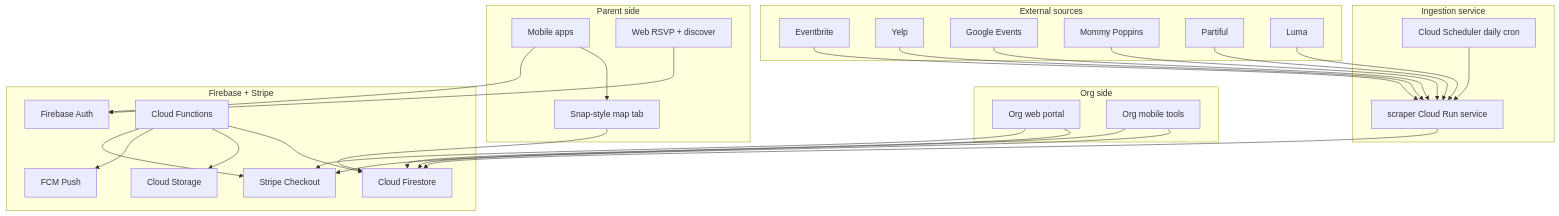
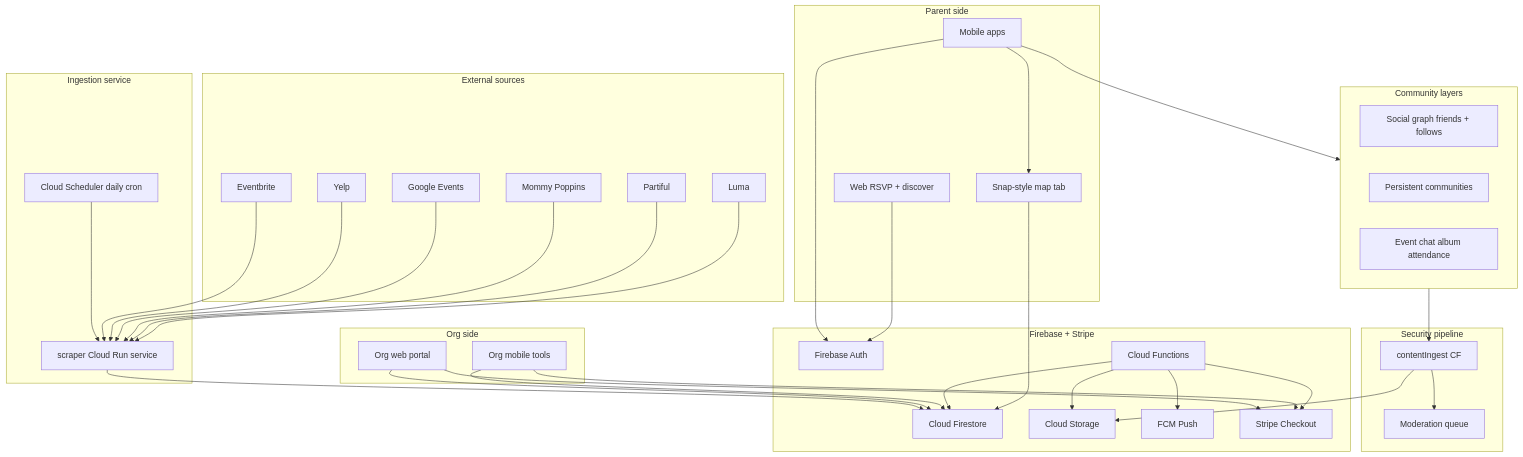
One commit to smmoose1/recess changed the first of 3 diagrams in PLAN.md. Above: the diagram before and after it, drawn with Mermaid. The commit also changed other lines of this file, not shown here.

First line of the commit message:
Add community features to official product plan.

````diff
--- a/PLAN.md
+++ b/PLAN.md
@@ -16,57 +17,72 @@
 ```mermaid
 flowchart TB
     subgraph sources [External sources]
         Eventbrite
         Yelp
         GoogleEvents[Google Events]
         MommyPoppins[Mommy Poppins]
         Partiful
         Luma
+    end
+
+    subgraph community [Community layers]
+        SocialGraph[Social graph friends + follows]
+        PersistentComm[Persistent communities]
+        EventComm[Event chat album attendance]
+    end
+
+    subgraph security [Security pipeline]
+        ContentIngest[contentIngest CF]
+        ModQueue[Moderation queue]
     end
 
     subgraph consumers [Parent side]
         ParentApp[Mobile apps]
         ParentWeb[Web RSVP + discover]
         SnapMap[Snap-style map tab]
     end
 
     subgraph creators [Org side]
         OrgWeb[Org web portal]
         OrgMobile[Org mobile tools]
     end
 
     subgraph ingest [Ingestion service]
         Scheduler[Cloud Scheduler daily cron]
         ScraperSvc[scraper Cloud Run service]
     end
 
     subgraph platform [Firebase + Stripe]
         Auth[Firebase Auth]
         Firestore[Cloud Firestore]
         Storage[Cloud Storage]
         Functions[Cloud Functions]
         FCM[FCM Push]
         Stripe[Stripe Checkout]
     end
 
     Scheduler --> ScraperSvc
     Eventbrite --> ScraperSvc
     Yelp --> ScraperSvc
     GoogleEvents --> ScraperSvc
     MommyPoppins --> ScraperSvc
     Partiful --> ScraperSvc
     Luma --> ScraperSvc
     ScraperSvc --> Firestore
     ParentApp --> SnapMap
+    ParentApp --> community
+    community --> ContentIngest
+    ContentIngest --> ModQueue
+    ContentIngest --> Storage
     ParentApp --> Auth
     ParentWeb --> Auth
     OrgWeb --> Firestore
     OrgWeb --> Stripe
     OrgMobile --> Firestore
     OrgMobile --> Stripe
     Functions --> Firestore
     Functions --> Storage
     Functions --> FCM
     Functions --> Stripe
     SnapMap --> Firestore
 ```
````
